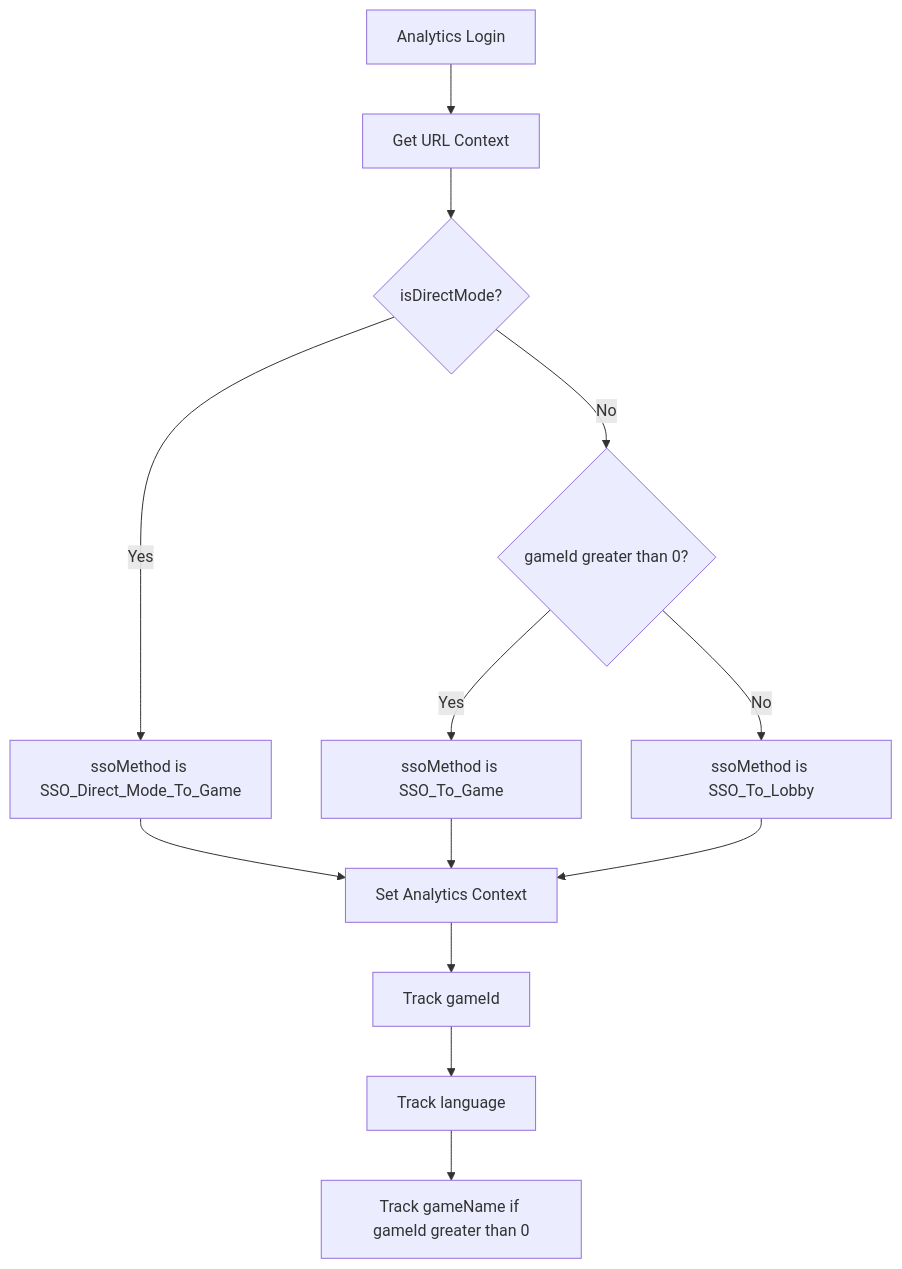
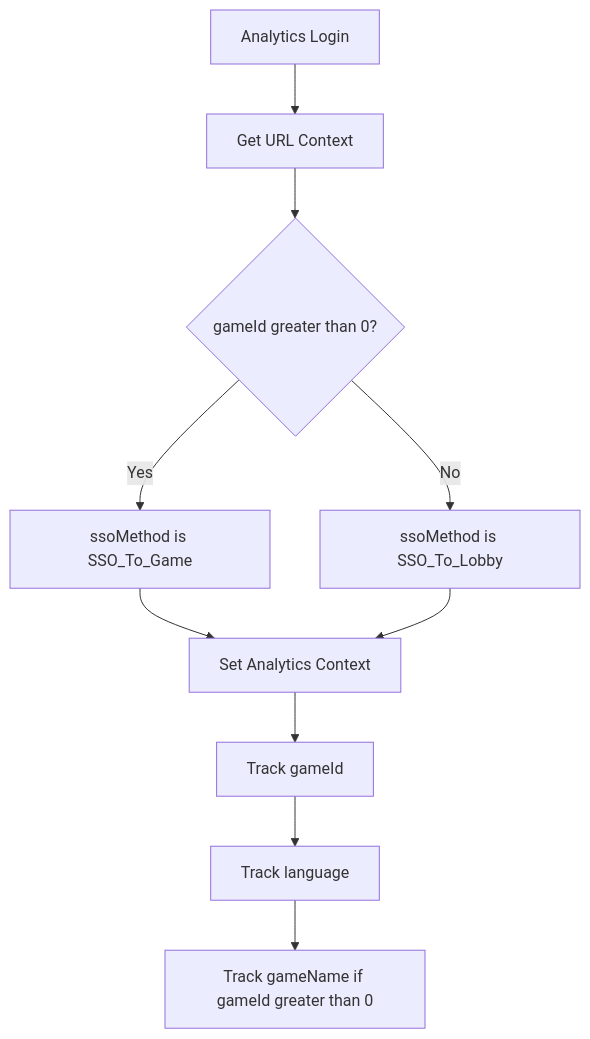
One commit to starixvn/l1_game-clients_original-games-client_original-games-client-html changed diagram 12 of 13 in docs/URL_Context_Flow_Diagrams.md. Above: the diagram before and after it, drawn with Mermaid. The commit also changed other lines of this file and 32 other files, not shown here.

Commit message:
feat: now direct mode is the default mode so remove this term

````diff
--- a/docs/URL_Context_Flow_Diagrams.md
+++ b/docs/URL_Context_Flow_Diagrams.md
@@ -469,18 +464,14 @@
 ```mermaid
 flowchart TD
     A13[Analytics Login] --> B13[Get URL Context]
-    B13 --> C13{isDirectMode?}
-    C13 -->|Yes| D13[ssoMethod is SSO_Direct_Mode_To_Game]
-    C13 -->|No| E13{gameId greater than 0?}
+    B13 --> C13{gameId greater than 0?}
+    C13 -->|Yes| D13[ssoMethod is SSO_To_Game]
+    C13 -->|No| E13[ssoMethod is SSO_To_Lobby]
 
-    E13 -->|Yes| F13[ssoMethod is SSO_To_Game]
-    E13 -->|No| G13[ssoMethod is SSO_To_Lobby]
+    D13 --> F13[Set Analytics Context]
+    E13 --> F13
 
-    D13 --> H13[Set Analytics Context]
-    F13 --> H13
-    G13 --> H13
-
-    H13 --> I13[Track gameId]
-    I13 --> J13[Track language]
-    J13 --> K13[Track gameName if gameId greater than 0]
+    F13 --> G13[Track gameId]
+    G13 --> H13[Track language]
+    H13 --> I13[Track gameName if gameId greater than 0]
 ```
````
